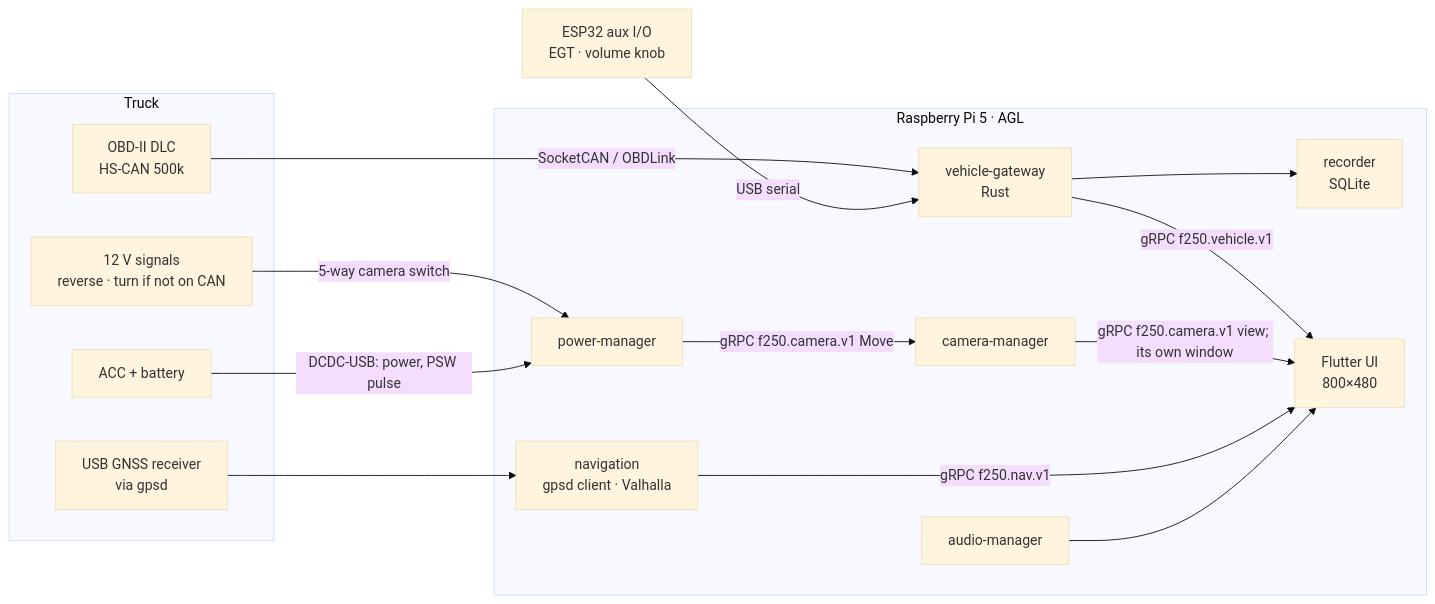
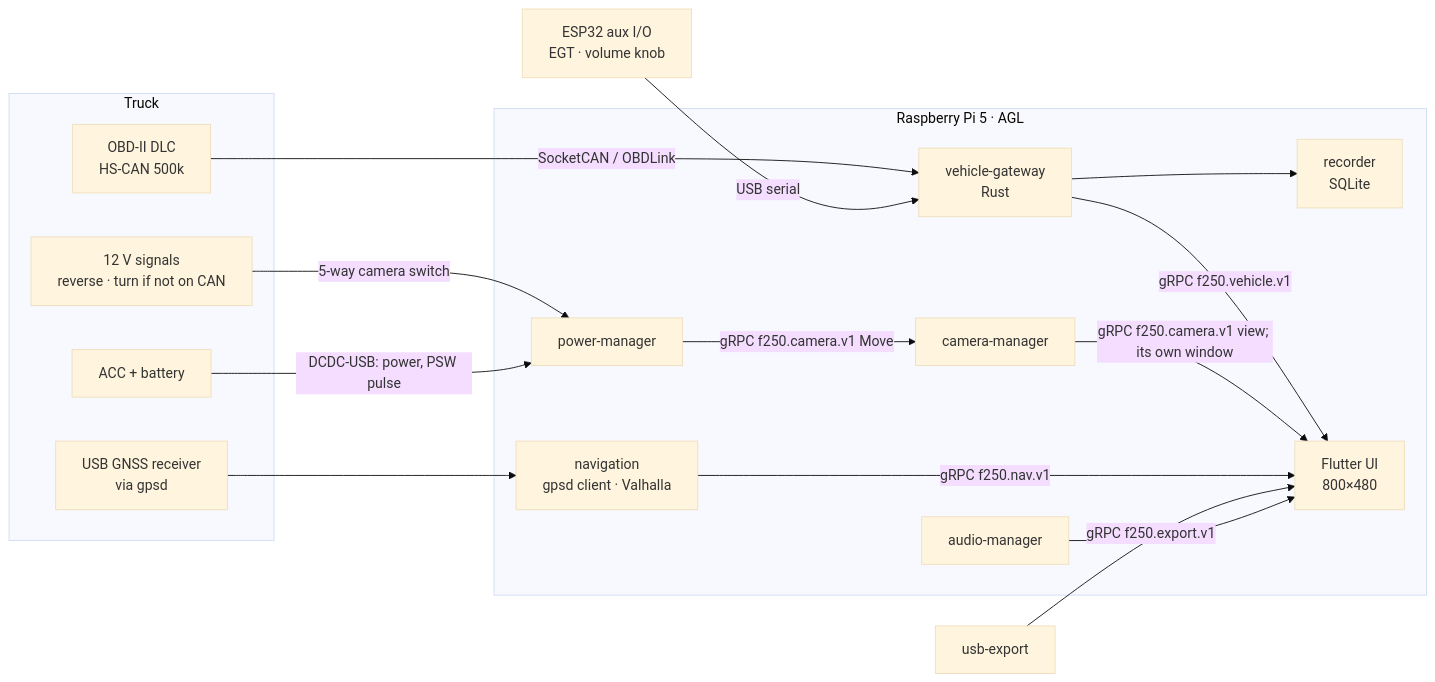
The diagram in README.md (darickc/TruckDashboard), drawn with Mermaid (base theme) before and after one commit. The commit also changed other lines of this file and 6 other files, not shown here.

Commit message:
docs: ADR-0037 recordings to a USB stick; roadmap, bench check 19, map-stick note

````diff
--- a/README.md
+++ b/README.md
@@ -68,29 +68,30 @@
 ```mermaid
 flowchart LR
   subgraph Truck
     DLC[OBD-II DLC<br/>HS-CAN 500k]
     IN[12 V signals<br/>reverse · turn if not on CAN]
     ACC[ACC + battery]
     GNSS[USB GNSS receiver<br/>via gpsd]
   end
   subgraph Pi5[Raspberry Pi 5 · AGL]
     GW[vehicle-gateway<br/>Rust]
     REC[recorder<br/>SQLite]
     PWR[power-manager]
     CAM[camera-manager]
     NAV[navigation<br/>gpsd client · Valhalla]
     AUD[audio-manager]
     UI[Flutter UI<br/>800×480]
   end
   DLC -- SocketCAN / OBDLink --> GW
   IN -- 5-way camera switch --> PWR
   ACC -- DCDC-USB: power, PSW pulse --> PWR
   GW -- gRPC f250.vehicle.v1 --> UI
   GW --> REC
   PWR -- gRPC f250.camera.v1 Move --> CAM
   CAM -- gRPC f250.camera.v1 view; its own window --> UI
   GNSS --> NAV
   NAV -- gRPC f250.nav.v1 --> UI
+  USB[usb-export] -- gRPC f250.export.v1 --> UI
   AUD --> UI
   ESP[ESP32 aux I/O<br/>EGT · volume knob] -- USB serial --> GW
 ```
````
